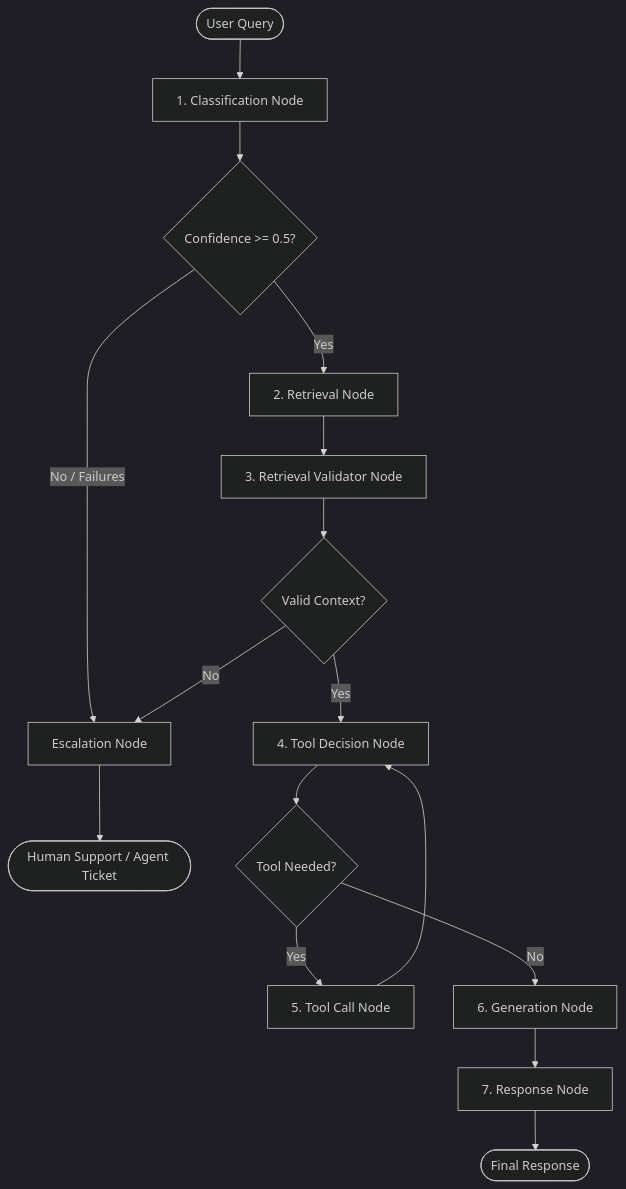
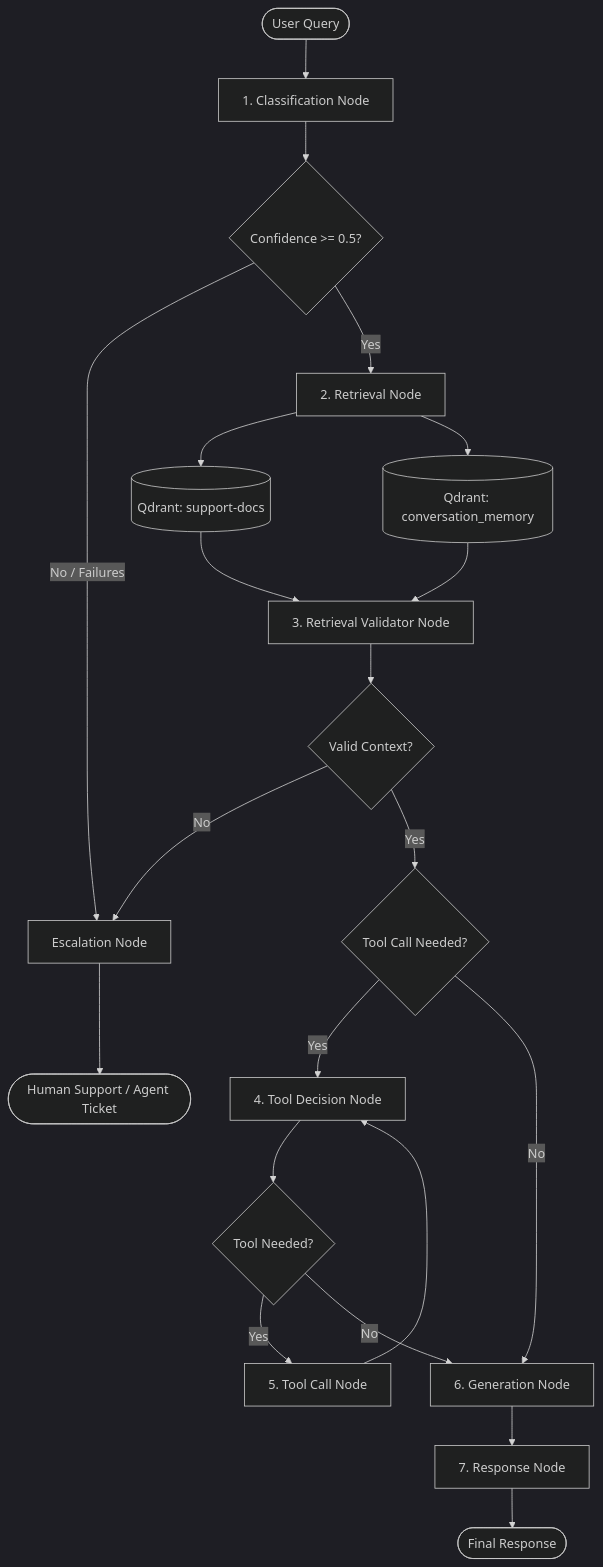
Before and after one commit to rejioco/Customer-support-pipeline: the diagram in README.md, drawn with Mermaid (dark theme). The commit also changed other lines of this file and 14 other files, not shown here.

````diff
--- a/README.md
+++ b/README.md
@@ -25,25 +35,37 @@
 ```mermaid
 graph TD
     Start([User Query]) --> Classify[1. Classification Node]
     Classify --> Router1{Confidence >= 0.5?}
 
     %% Escalation Flow
     Router1 -- No / Failures --> Escalate[Escalation Node]
     Escalate --> Human([Human Support / Agent Ticket])
 
     %% RAG Flow
     Router1 -- Yes --> Retrieve[2. Retrieval Node]
-    Retrieve --> Validate[3. Retrieval Validator Node]
+    
+    %% Parallel Retrieval
+    Retrieve --> SupportDocs[(Qdrant: support-docs)]
+    Retrieve --> ConvoMemory[(Qdrant: conversation_memory)]
+    
+    SupportDocs --> Validate[3. Retrieval Validator Node]
+    ConvoMemory --> Validate
+    
     Validate --> Router2{Valid Context?}
 
     Router2 -- No --> Escalate
-    Router2 -- Yes --> ToolDecide[4. Tool Decision Node]
-
-    ToolDecide --> Router3{Tool Needed?}
-    Router3 -- Yes --> ToolCall[5. Tool Call Node]
+    Router2 -- Yes --> Router3{Tool Call Needed?}
+    
+    %% Tool Loop
+    Router3 -- Yes --> ToolDecide[4. Tool Decision Node]
+    ToolDecide --> Router4{Tool Needed?}
+    Router4 -- Yes --> ToolCall[5. Tool Call Node]
     ToolCall --> ToolDecide
+    
+    %% Generation
     Router3 -- No --> Generate[6. Generation Node]
-
+    Router4 -- No --> Generate
+    
     Generate --> Response[7. Response Node]
     Response --> End([Final Response])
 ```
````
